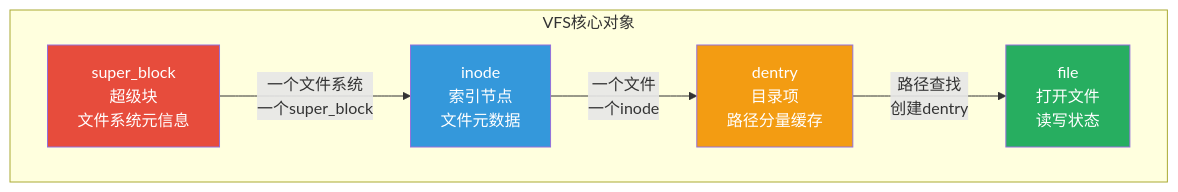
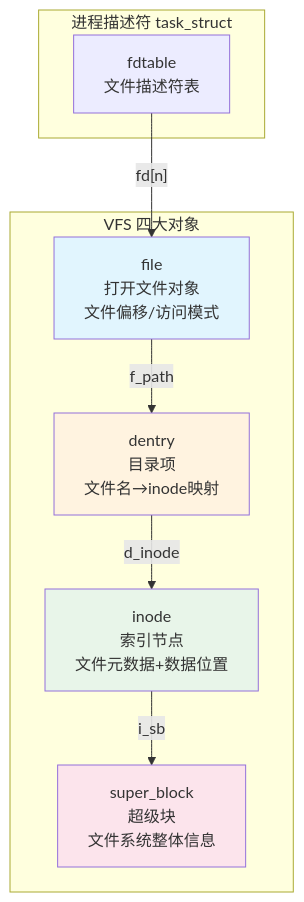
The second of 13 diagrams in src/Linux/06_内核级/03_文件系统原理.md (moklgydocs/moklgydocs.github.io), drawn with Mermaid before and after one commit. The commit also changed other lines of this file and 14 other files, not shown here.

````diff
--- a/src/Linux/06_内核级/03_文件系统原理.md
+++ b/src/Linux/06_内核级/03_文件系统原理.md
@@ -41,18 +69,24 @@
 ```mermaid
-flowchart TD
-    subgraph VFS核心对象
-        SB[super_block<br/>超级块<br/>文件系统元信息]
-        IN[inode<br/>索引节点<br/>文件元数据]
-        DN[dentry<br/>目录项<br/>路径分量缓存]
-        FI[file<br/>打开文件<br/>读写状态]
+flowchart TB
+    subgraph 进程["进程描述符 task_struct"]
+        FD["fdtable<br>文件描述符表"]
     end
 
-    SB --> |一个文件系统<br/>一个super_block| IN
-    IN --> |一个文件<br/>一个inode| DN
-    DN --> |路径查找<br/>创建dentry| FI
+    FD -->|"fd[n]"| FL
 
-    style SB fill:#e74c3c,color:#fff
-    style IN fill:#3498db,color:#fff
-    style DN fill:#f39c12,color:#fff
-    style FI fill:#27ae60,color:#fff
+    subgraph VFS对象["VFS 四大对象"]
+        FL["file<br>打开文件对象<br>文件偏移/访问模式"]
+        DN["dentry<br>目录项<br>文件名→inode映射"]
+        IN["inode<br>索引节点<br>文件元数据+数据位置"]
+        SB["super_block<br>超级块<br>文件系统整体信息"]
+    end
+
+    FL -->|"f_path"| DN
+    DN -->|"d_inode"| IN
+    IN -->|"i_sb"| SB
+
+    style FL fill:#e1f5fe
+    style DN fill:#fff3e0
+    style IN fill:#e8f5e9
+    style SB fill:#fce4ec
 ```
````
